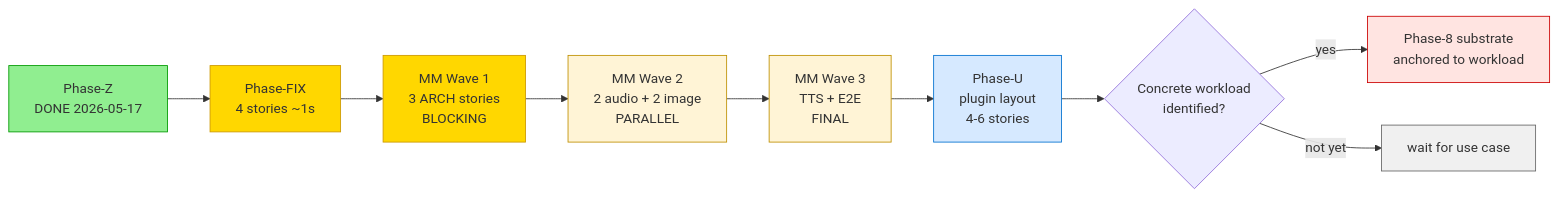
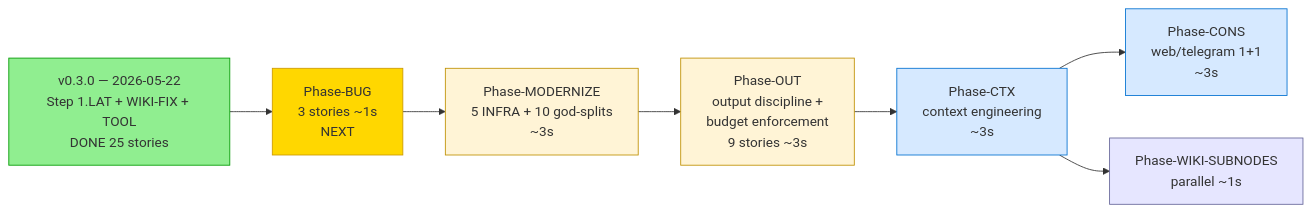
The second of 4 diagrams in README.md (chetto1983/Aura), drawn with Mermaid before and after one commit. The commit also changed other lines of this file, not shown here.

First line of the commit message:
docs(readme): align with v0.3.0 — kill stale Piper refs, refresh roadmap + tool list

````diff
--- a/README.md
+++ b/README.md
@@ -173,20 +174,17 @@
 ```mermaid
 flowchart LR
-  Z[Phase-Z<br/>DONE 2026-05-17] --> FIX[Phase-FIX<br/>4 stories ~1s]
-  FIX --> MM1[MM Wave 1<br/>3 ARCH stories<br/>BLOCKING]
-  MM1 --> MM2[MM Wave 2<br/>2 audio + 2 image<br/>PARALLEL]
-  MM2 --> MM3[MM Wave 3<br/>TTS + E2E<br/>FINAL]
-  MM3 --> U[Phase-U<br/>plugin layout<br/>4-6 stories]
-  U --> P8{Concrete workload<br/>identified?}
-  P8 -->|yes| P8Y[Phase-8 substrate<br/>anchored to workload]
-  P8 -->|not yet| WAIT[wait for use case]
+  V03[v0.3.0 — 2026-05-22<br/>Step 1.LAT + WIKI-FIX + TOOL<br/>DONE 25 stories] --> BUG[Phase-BUG<br/>3 stories ~1s<br/>NEXT]
+  BUG --> MOD[Phase-MODERNIZE<br/>5 INFRA + 10 god-splits<br/>~3s]
+  MOD --> OUT[Phase-OUT<br/>output discipline +<br/>budget enforcement<br/>9 stories ~3s]
+  OUT --> CTX[Phase-CTX<br/>context engineering<br/>~3s]
+  CTX --> CONS[Phase-CONS<br/>web/telegram 1+1<br/>~3s]
+  CTX --> SUB[Phase-WIKI-SUBNODES<br/>parallel ~1s]
 
-  style Z fill:#90ee90,stroke:#009900
-  style FIX fill:#ffd700,stroke:#cc9900
-  style MM1 fill:#ffd700,stroke:#cc9900
-  style MM2 fill:#fff4d6,stroke:#bf9000
-  style MM3 fill:#fff4d6,stroke:#bf9000
-  style U fill:#d6e9ff,stroke:#0070d0
-  style P8Y fill:#ffe4e1,stroke:#cc0000
-  style WAIT fill:#f0f0f0,stroke:#666666
+  style V03 fill:#90ee90,stroke:#009900
+  style BUG fill:#ffd700,stroke:#cc9900
+  style MOD fill:#fff4d6,stroke:#bf9000
+  style OUT fill:#fff4d6,stroke:#bf9000
+  style CTX fill:#d6e9ff,stroke:#0070d0
+  style CONS fill:#d6e9ff,stroke:#0070d0
+  style SUB fill:#e6e6ff,stroke:#666699
 ```
````
